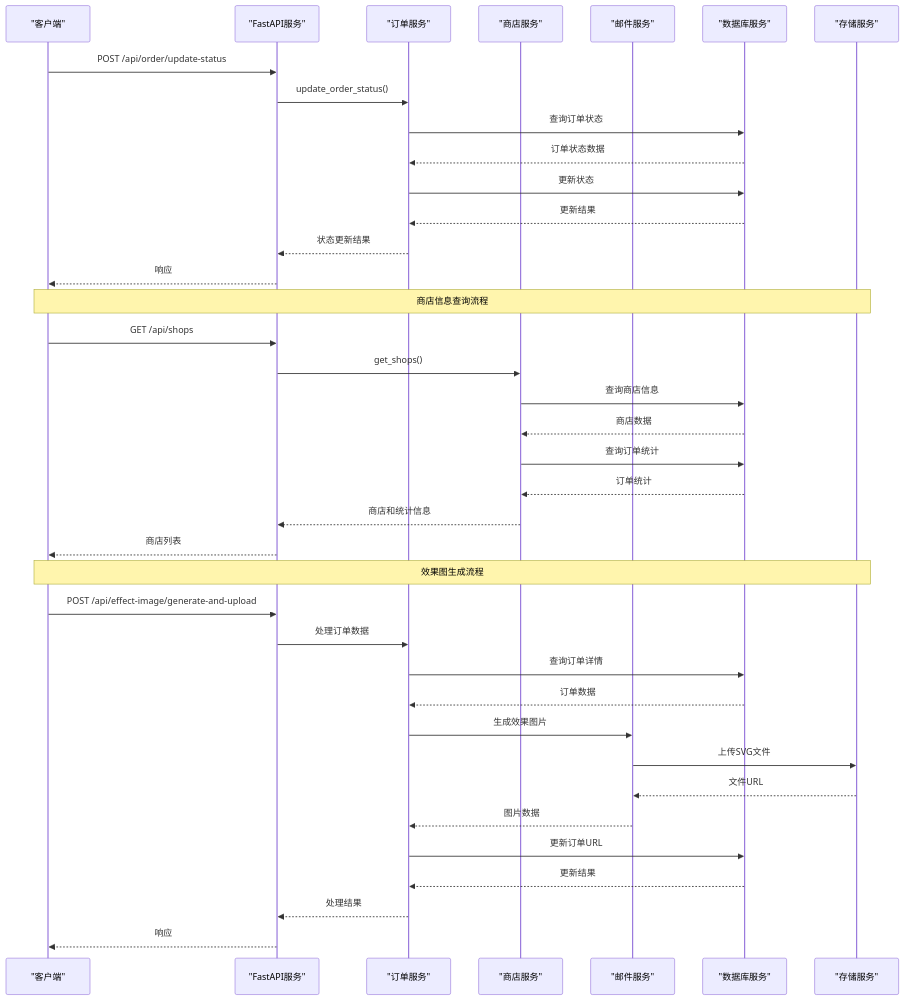
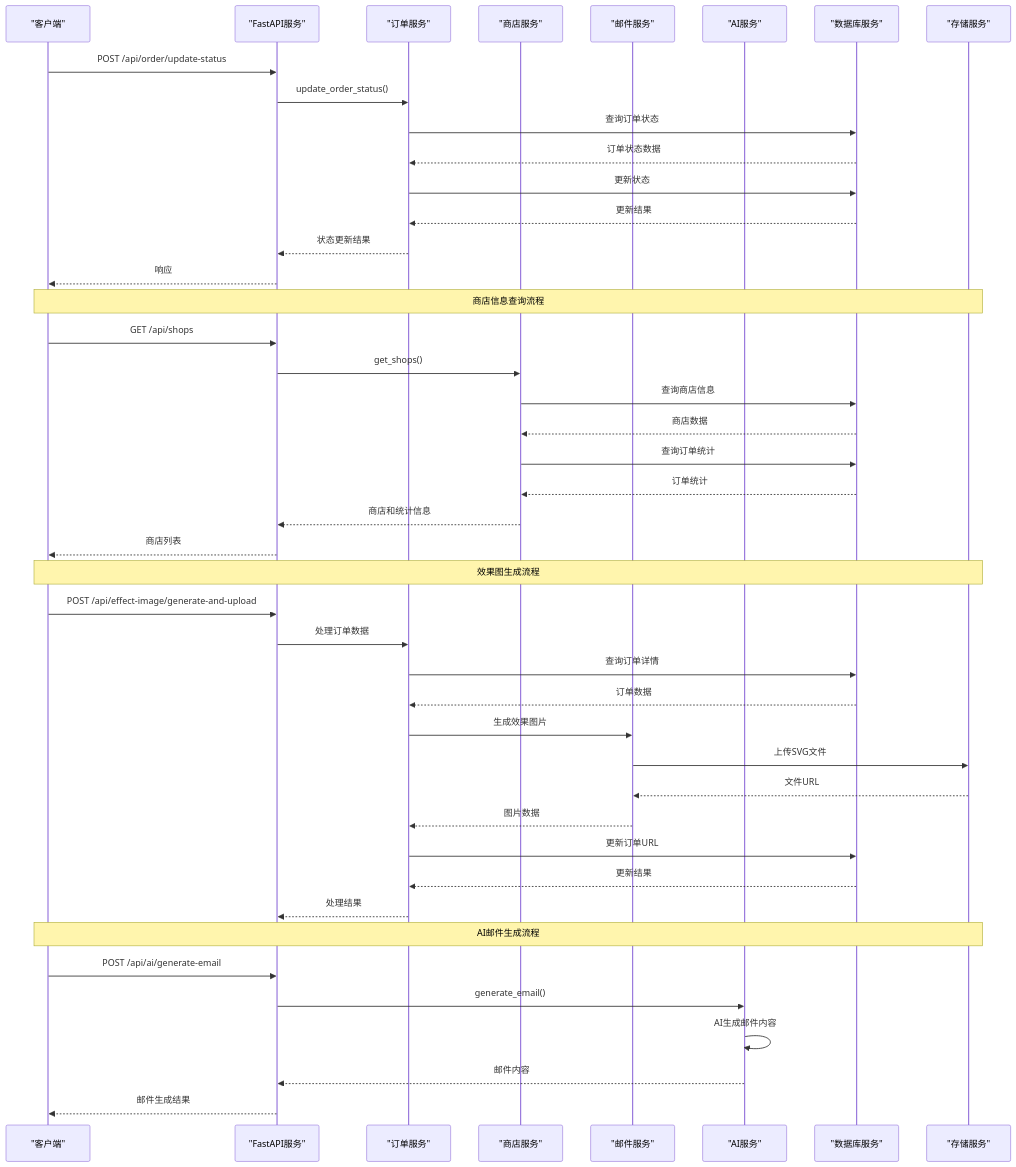
The third of 13 diagrams in .qoder/repowiki/zh/content/开发指南/订单处理工作流增强.md (SY6621/POD-Order-Management), drawn with Mermaid before and after one commit. The commit also changed other lines of this file and 18 other files, not shown here.

````diff
--- a/.qoder/repowiki/zh/content/开发指南/订单处理工作流增强.md
+++ b/.qoder/repowiki/zh/content/开发指南/订单处理工作流增强.md
@@ -211,40 +221,46 @@
 ```mermaid
 sequenceDiagram
 participant Client as "客户端"
 participant API as "FastAPI服务"
 participant OrderSvc as "订单服务"
 participant ShopSvc as "商店服务"
 participant EmailSvc as "邮件服务"
+participant AISvc as "AI服务"
 participant DB as "数据库服务"
 participant Storage as "存储服务"
 Client->>API : POST /api/order/update-status
 API->>OrderSvc : update_order_status()
 OrderSvc->>DB : 查询订单状态
 DB-->>OrderSvc : 订单状态数据
 OrderSvc->>DB : 更新状态
 DB-->>OrderSvc : 更新结果
 OrderSvc-->>API : 状态更新结果
 API-->>Client : 响应
 Note over Client,Storage : 商店信息查询流程
 Client->>API : GET /api/shops
 API->>ShopSvc : get_shops()
 ShopSvc->>DB : 查询商店信息
 DB-->>ShopSvc : 商店数据
 ShopSvc->>DB : 查询订单统计
 DB-->>ShopSvc : 订单统计
 ShopSvc-->>API : 商店和统计信息
 API-->>Client : 商店列表
 Note over Client,Storage : 效果图生成流程
 Client->>API : POST /api/effect-image/generate-and-upload
 API->>OrderSvc : 处理订单数据
 OrderSvc->>DB : 查询订单详情
 DB-->>OrderSvc : 订单数据
 OrderSvc->>EmailSvc : 生成效果图片
 EmailSvc->>Storage : 上传SVG文件
 Storage-->>EmailSvc : 文件URL
 EmailSvc-->>OrderSvc : 图片数据
 OrderSvc->>DB : 更新订单URL
 DB-->>OrderSvc : 更新结果
 OrderSvc-->>API : 处理结果
-API-->>Client : 响应
+Note over Client,Storage : AI邮件生成流程
+Client->>API : POST /api/ai/generate-email
+API->>AISvc : generate_email()
+AISvc->>AISvc : AI生成邮件内容
+AISvc-->>API : 邮件内容
+API-->>Client : 邮件生成结果
 ```
````
